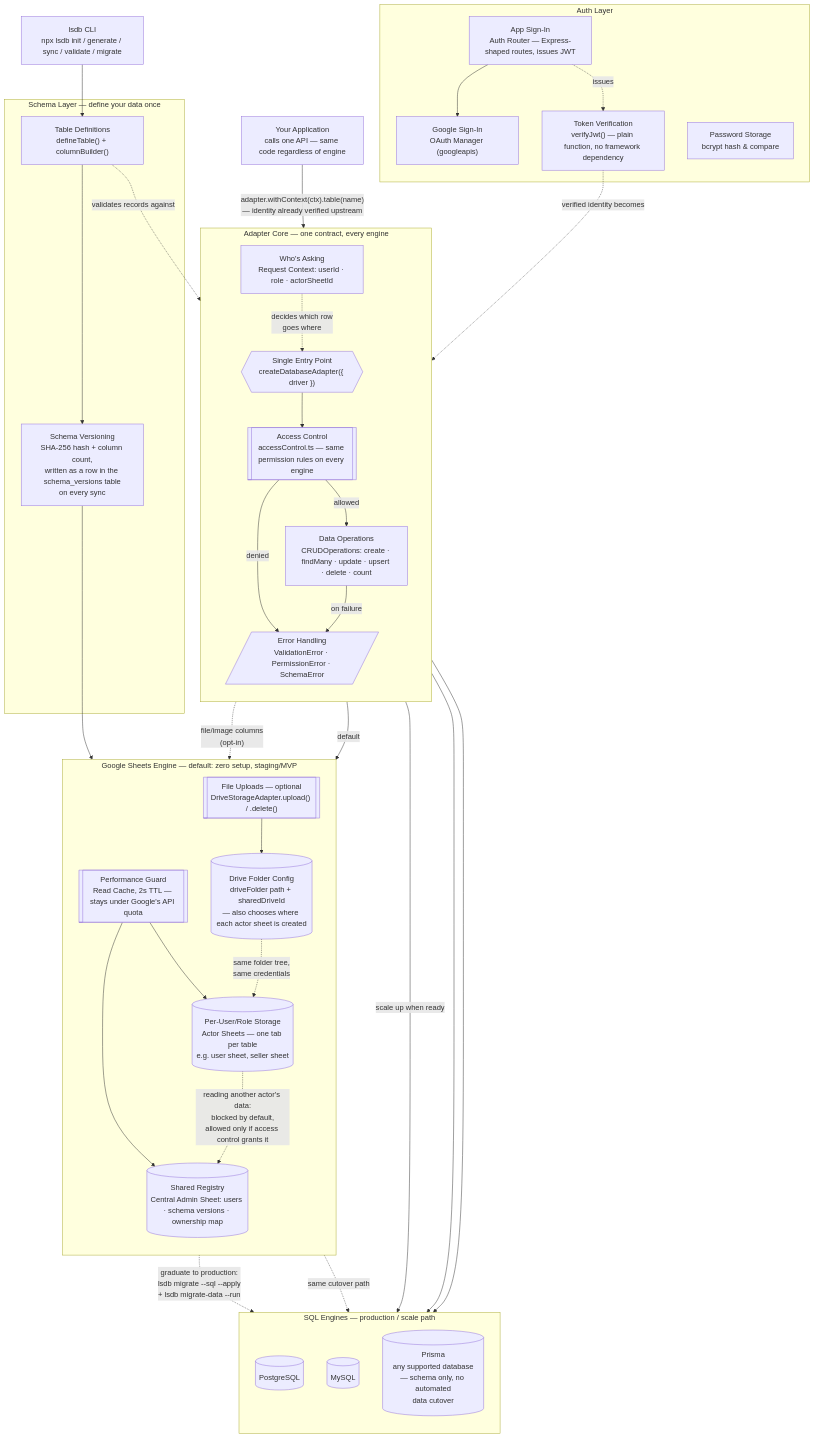
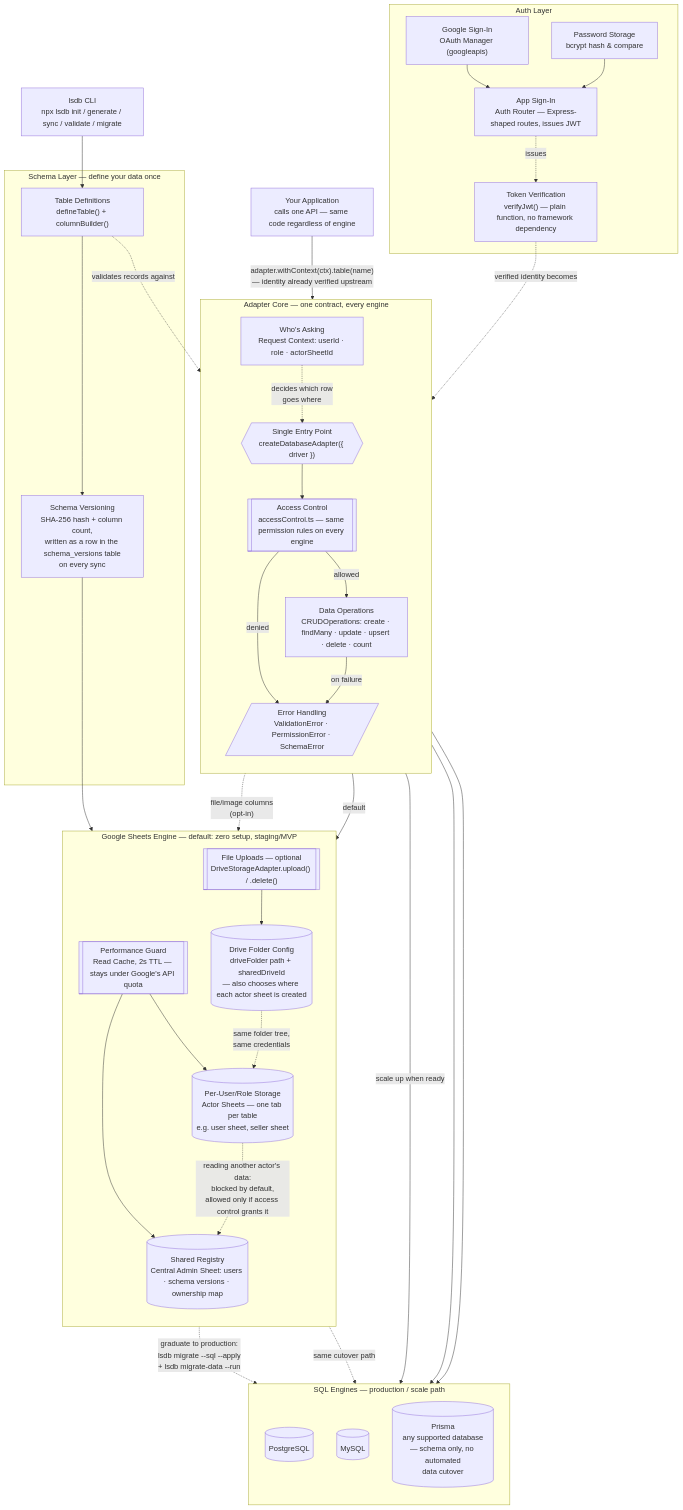
The first of 11 diagrams in Docs/system-architecure.md (vannseavlong/longcelot-sheet-staging), drawn with Mermaid before and after one commit.

Commit message:
feat: update architecture

````diff
--- a/Docs/system-architecure.md
+++ b/Docs/system-architecure.md
@@ -9,72 +9,73 @@
 ```mermaid
 flowchart TB
     App["Your Application\ncalls one API — same code regardless of engine"]
     CLI["lsdb CLI\nnpx lsdb init / generate / sync / validate / migrate"]
 
     subgraph SCHEMA["Schema Layer — define your data once"]
         Define["Table Definitions\ndefineTable() + columnBuilder()"]
         Ver["Schema Versioning\nSHA-256 hash + column count,\nwritten as a row in the schema_versions table\non every sync"]
         Define --> Ver
     end
 
     CLI --> Define
 
     subgraph AUTHL["Auth Layer"]
         OA["Google Sign-In\nOAuth Manager (googleapis)"]
         JWTR["App Sign-In\nAuth Router — Express-shaped routes, issues JWT"]
         Verify["Token Verification\nverifyJwt() — plain function, no framework dependency"]
         PWD["Password Storage\nbcrypt hash & compare"]
-        JWTR --> OA
+        OA --> JWTR
+        PWD --> JWTR
         JWTR -.->|"issues"| Verify
     end
 
     subgraph CORE["Adapter Core — one contract, every engine"]
         direction TB
         Factory{{"Single Entry Point\ncreateDatabaseAdapter({ driver })"}}
         Ctx["Who's Asking\nRequest Context: userId · role · actorSheetId"]
         Perm[["Access Control\naccessControl.ts — same permission rules on every engine"]]
         CRUD["Data Operations\nCRUDOperations: create · findMany · update · upsert · delete · count"]
         Err[/"Error Handling\nValidationError · PermissionError · SchemaError"/]
         Factory --> Perm
         Perm -->|"allowed"| CRUD
         Perm -->|"denied"| Err
         CRUD -->|"on failure"| Err
     end
 
     App -->|"adapter.withContext(ctx).table(name)\n— identity already verified upstream"| Factory
     Verify -.->|"verified identity becomes"| Ctx
     Ctx -.->|"decides which row\ngoes where"| Factory
     Define -.->|"validates records against"| CRUD
 
     subgraph SHEETS["Google Sheets Engine — default: zero setup, staging/MVP"]
         direction TB
         Cache[["Performance Guard\nRead Cache, 2s TTL — stays under Google's API quota"]]
         AdminSheet[("Shared Registry\nCentral Admin Sheet: users · schema versions · ownership map")]
         ActorSheets[("Per-User/Role Storage\nActor Sheets — one tab per table\ne.g. user sheet, seller sheet")]
         Cache --> AdminSheet
         Cache --> ActorSheets
         ActorSheets -.->|"reading another actor's data:\nblocked by default,\nallowed only if access control grants it"| AdminSheet
         Upload[["File Uploads — optional\nDriveStorageAdapter.upload() / .delete()"]]
         DriveCfg[("Drive Folder Config\ndriveFolder path + sharedDriveId\n— also chooses where each actor sheet is created")]
         Upload --> DriveCfg
         DriveCfg -.->|"same folder tree,\nsame credentials"| ActorSheets
     end
 
     CRUD -.->|"file/image columns\n(opt-in)"| Upload
 
     subgraph SQLENG["SQL Engines — production / scale path"]
         direction TB
         PGDB[("PostgreSQL")]
         MYDB[("MySQL")]
         PRDB[("Prisma\nany supported database\n— schema only, no automated\ndata cutover")]
     end
 
     CRUD -->|"default"| Cache
     CRUD -->|"scale up when ready"| PGDB
     CRUD --> MYDB
     CRUD --> PRDB
     Ver --> AdminSheet
 
     ActorSheets -.->|"graduate to production:\nlsdb migrate --sql --apply\n+ lsdb migrate-data --run"| PGDB
     ActorSheets -.->|"same cutover path"| MYDB
 ```
````
